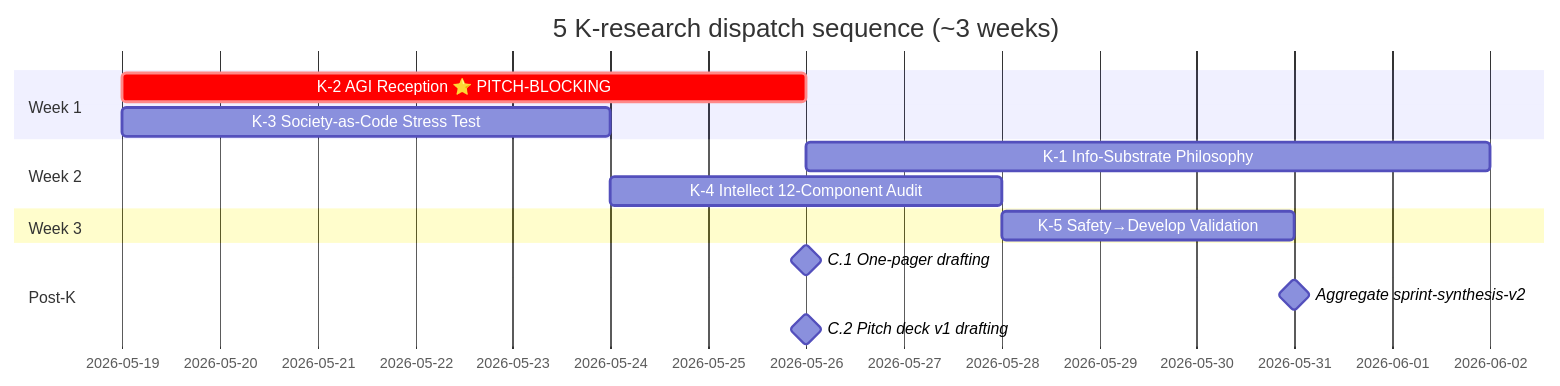
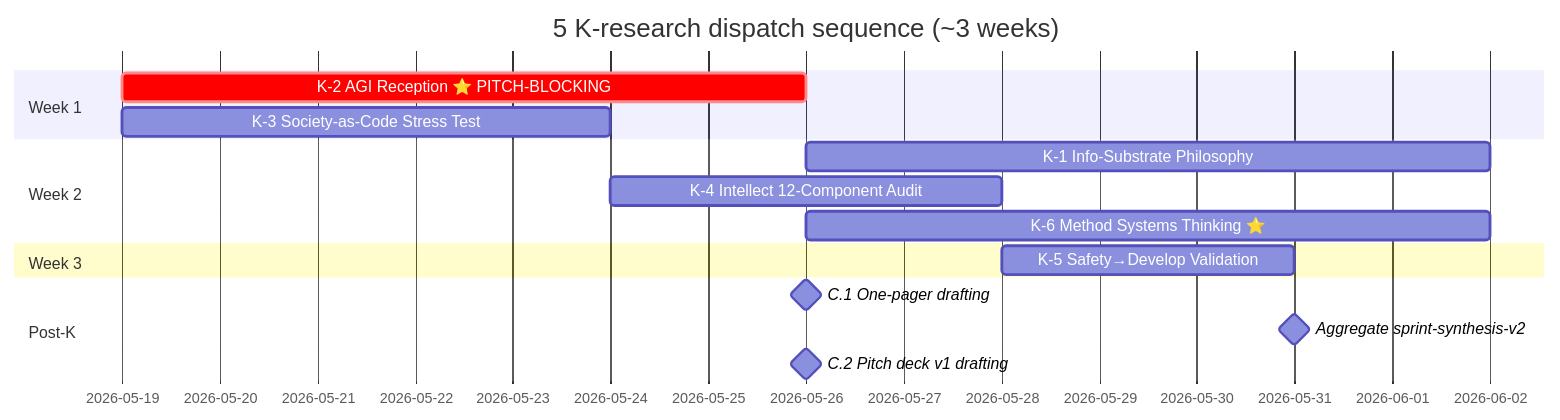
Before and after one commit to Bogersebekov/jetix-os: the diagram in prompts/meta-generate-5-k-research-prompts-2026-05-19.md, drawn with Mermaid. The commit also changed other lines of this file and 1 other file, not shown here.

````diff
--- a/prompts/meta-generate-5-k-research-prompts-2026-05-19.md
+++ b/prompts/meta-generate-5-k-research-prompts-2026-05-19.md
@@ -404,21 +470,22 @@
 ```mermaid
 gantt
     title 5 K-research dispatch sequence (~3 weeks)
     dateFormat YYYY-MM-DD
     
     section Week 1
     K-2 AGI Reception ⭐ PITCH-BLOCKING :crit, k2, 2026-05-19, 7d
     K-3 Society-as-Code Stress Test    :k3, 2026-05-19, 5d
     
     section Week 2
     K-1 Info-Substrate Philosophy      :k1, after k2, 7d
     K-4 Intellect 12-Component Audit   :k4, after k3, 4d
+    K-6 Method Systems Thinking ⭐      :k6, after k2, 7d
     
     section Week 3
     K-5 Safety→Develop Validation       :k5, after k4, 3d
     
     section Post-K
     C.1 One-pager drafting              :milestone, c1, after k2, 0d
     Aggregate sprint-synthesis-v2       :milestone, agg, after k5, 0d
     C.2 Pitch deck v1 drafting          :milestone, c2, after k2, 0d
 ```
````
